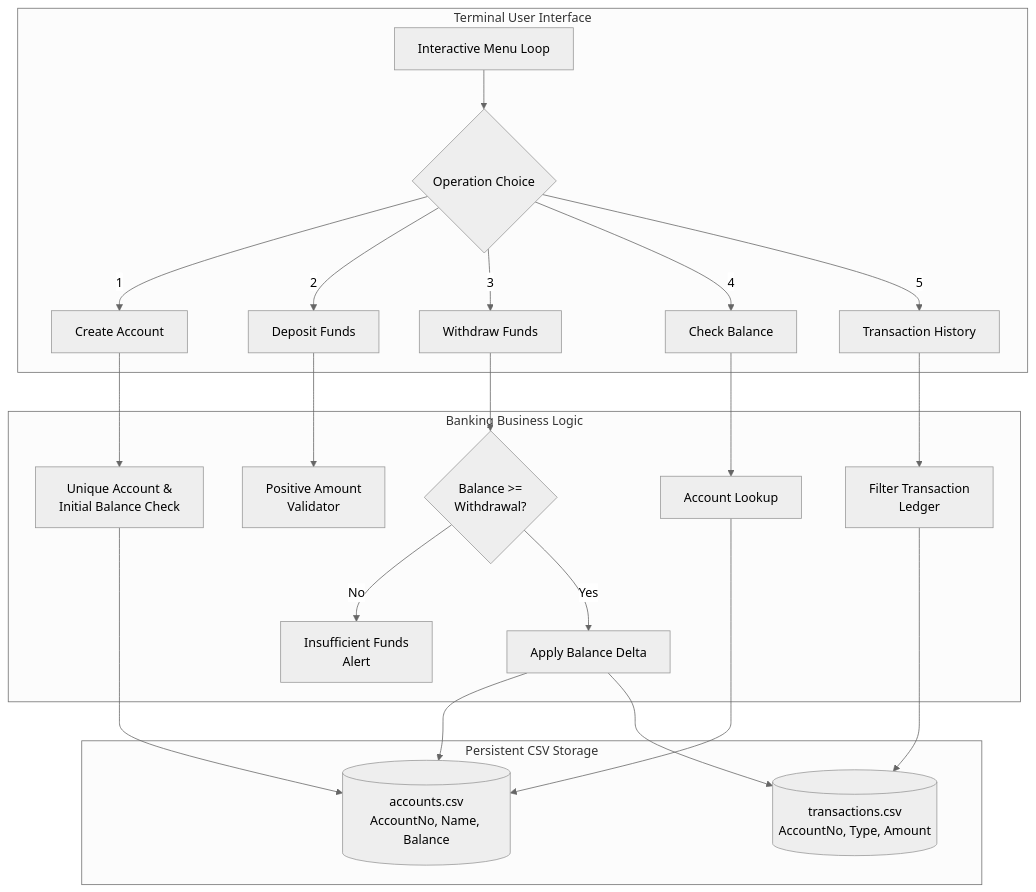
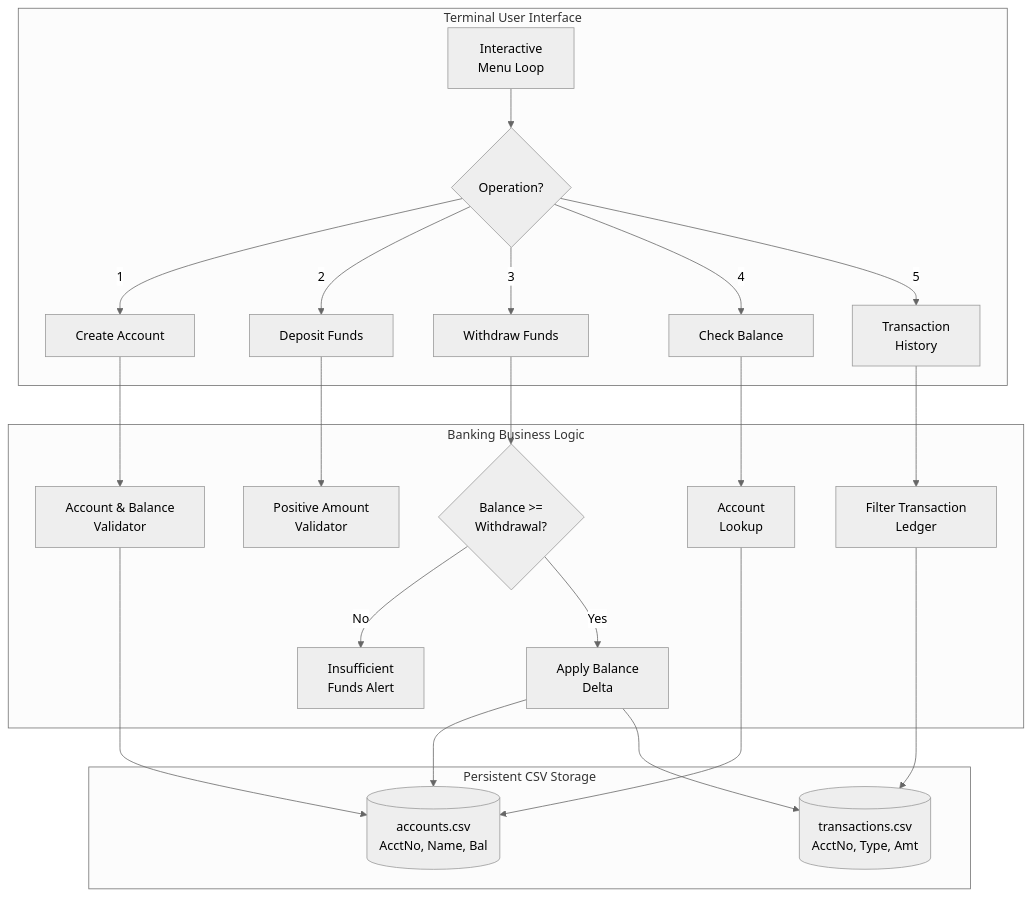
One commit to ISBANDURAHUMAN-R/BANKING-MANAGEMENT changed the diagram in README.md. Above: the diagram before and after it, drawn with Mermaid (neutral theme).

Commit message:
docs: fix Mermaid label truncation with line wrapping and non-clipping padding

````diff
--- a/README.md
+++ b/README.md
@@ -20,29 +20,29 @@
 ```mermaid
 graph TD
-    subgraph CLI ["Terminal User Interface"]
-        Menu["Interactive Menu Loop"] --> Selection{"Operation Choice"}
-        Selection -- 1 --> OpCreate["Create Account"]
-        Selection -- 2 --> OpDeposit["Deposit Funds"]
-        Selection -- 3 --> OpWithdraw["Withdraw Funds"]
-        Selection -- 4 --> OpBalance["Check Balance"]
-        Selection -- 5 --> OpHistory["Transaction History"]
+    subgraph CLI ["&nbsp; Terminal User Interface &nbsp;"]
+        Menu["&nbsp; Interactive &nbsp;<br/>&nbsp; Menu Loop &nbsp;"] --> Selection{"&nbsp; Operation? &nbsp;"}
+        Selection -- 1 --> OpCreate["&nbsp; Create Account &nbsp;"]
+        Selection -- 2 --> OpDeposit["&nbsp; Deposit Funds &nbsp;"]
+        Selection -- 3 --> OpWithdraw["&nbsp; Withdraw Funds &nbsp;"]
+        Selection -- 4 --> OpBalance["&nbsp; Check Balance &nbsp;"]
+        Selection -- 5 --> OpHistory["&nbsp; Transaction &nbsp;<br/>&nbsp; History &nbsp;"]
     end
 
-    subgraph CoreEngine ["Banking Business Logic"]
-        OpCreate --> ValAcct["Unique Account &<br/>Initial Balance Check"]
-        OpDeposit --> ValDep["Positive Amount<br/>Validator"]
-        OpWithdraw --> ValOverdraft{"Balance >=<br/>Withdrawal?"}
-        ValOverdraft -- No --> ErrFunds["Insufficient Funds<br/>Alert"]
-        ValOverdraft -- Yes --> ExecTrans["Apply Balance Delta"]
-        OpBalance --> QueryAcct["Account Lookup"]
-        OpHistory --> QueryTrans["Filter Transaction<br/>Ledger"]
+    subgraph CoreEngine ["&nbsp; Banking Business Logic &nbsp;"]
+        OpCreate --> ValAcct["&nbsp; Account &amp; Balance &nbsp;<br/>&nbsp; Validator &nbsp;"]
+        OpDeposit --> ValDep["&nbsp; Positive Amount &nbsp;<br/>&nbsp; Validator &nbsp;"]
+        OpWithdraw --> ValOverdraft{"&nbsp; Balance &gt;= &nbsp;<br/>&nbsp; Withdrawal? &nbsp;"}
+        ValOverdraft -- No --> ErrFunds["&nbsp; Insufficient &nbsp;<br/>&nbsp; Funds Alert &nbsp;"]
+        ValOverdraft -- Yes --> ExecTrans["&nbsp; Apply Balance &nbsp;<br/>&nbsp; Delta &nbsp;"]
+        OpBalance --> QueryAcct["&nbsp; Account &nbsp;<br/>&nbsp; Lookup &nbsp;"]
+        OpHistory --> QueryTrans["&nbsp; Filter Transaction &nbsp;<br/>&nbsp; Ledger &nbsp;"]
     end
 
-    subgraph LedgerStorage ["Persistent CSV Storage"]
-        ValAcct --> AcctCSV[("accounts.csv<br/>AccountNo, Name, Balance")]
+    subgraph LedgerStorage ["&nbsp; Persistent CSV Storage &nbsp;"]
+        ValAcct --> AcctCSV[("&nbsp; accounts.csv &nbsp;<br/>&nbsp; AcctNo, Name, Bal &nbsp;")]
         ExecTrans --> AcctCSV
-        ExecTrans --> TransCSV[("transactions.csv<br/>AccountNo, Type, Amount")]
+        ExecTrans --> TransCSV[("&nbsp; transactions.csv &nbsp;<br/>&nbsp; AcctNo, Type, Amt &nbsp;")]
         QueryAcct --> AcctCSV
         QueryTrans --> TransCSV
     end
 ```
````
